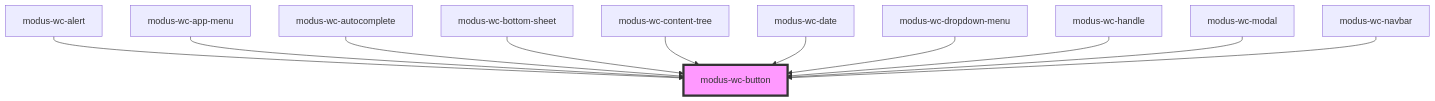
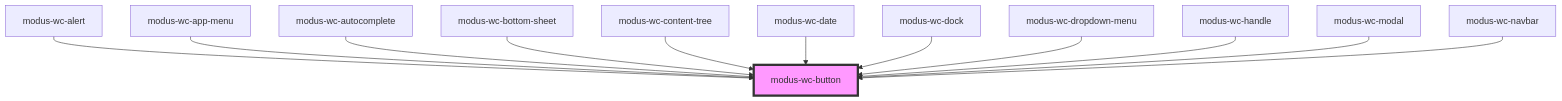
Before and after one commit to trimble-oss/modus-wc-2.0: the diagram in src/components/modus-wc-button/readme.md, drawn with Mermaid. The commit also changed other lines of this file and 8 other files, not shown here.

````diff
--- a/src/components/modus-wc-button/readme.md
+++ b/src/components/modus-wc-button/readme.md
@@ -50,14 +51,15 @@
 ```mermaid
 graph TD;
   modus-wc-alert --> modus-wc-button
   modus-wc-app-menu --> modus-wc-button
   modus-wc-autocomplete --> modus-wc-button
   modus-wc-bottom-sheet --> modus-wc-button
   modus-wc-content-tree --> modus-wc-button
   modus-wc-date --> modus-wc-button
+  modus-wc-dock --> modus-wc-button
   modus-wc-dropdown-menu --> modus-wc-button
   modus-wc-handle --> modus-wc-button
   modus-wc-modal --> modus-wc-button
   modus-wc-navbar --> modus-wc-button
   style modus-wc-button fill:#f9f,stroke:#333,stroke-width:4px
 ```
````
